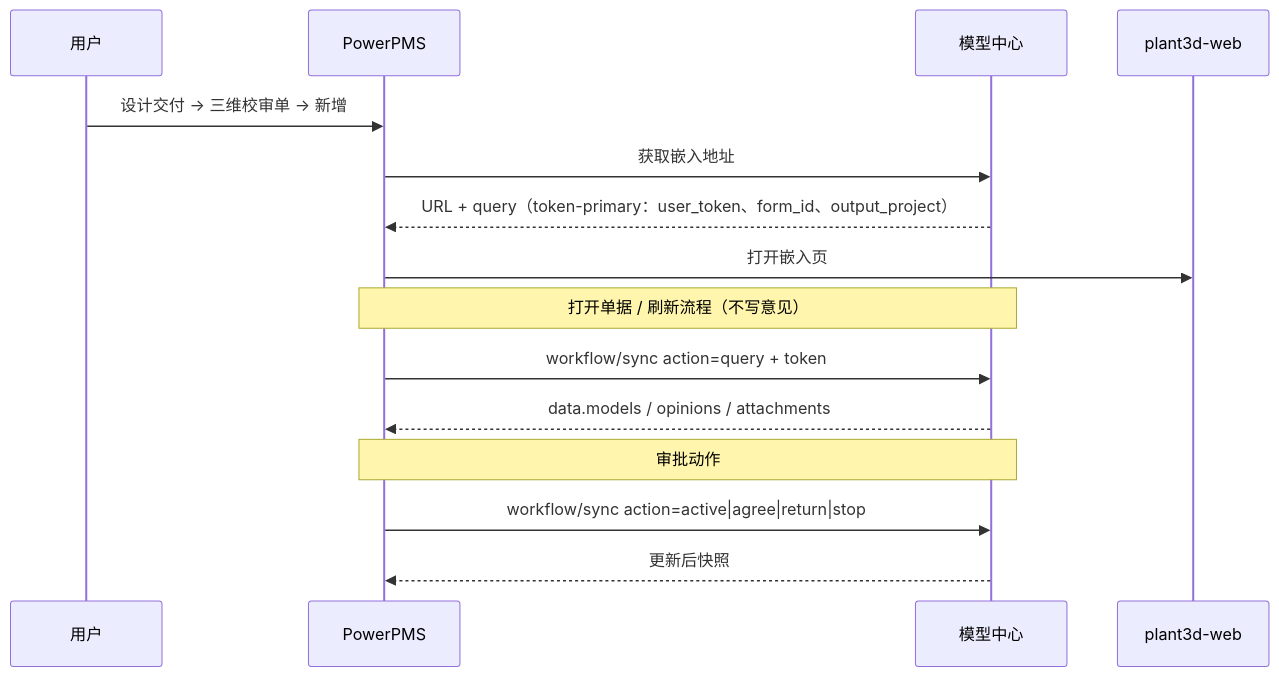
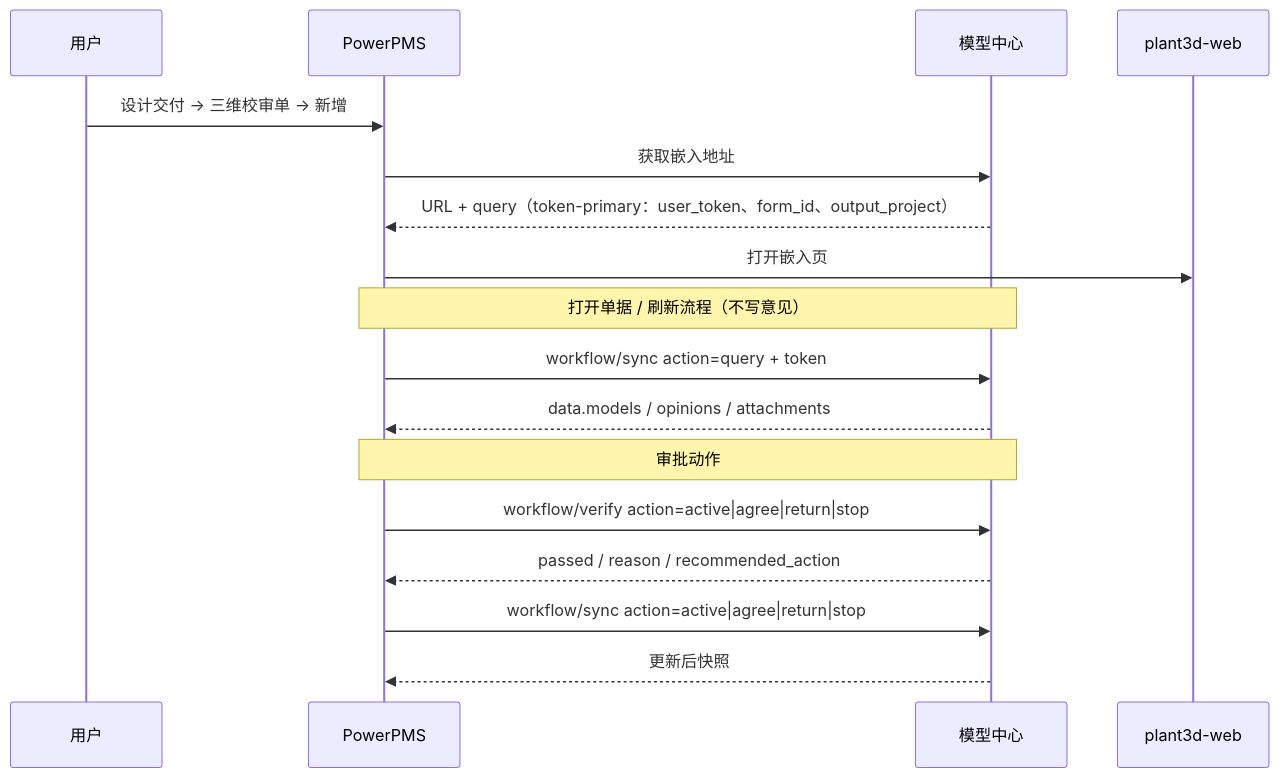
One commit to happyrust/plant3d-web changed the second of 2 diagrams in docs/verification/pms-3d-review-integration-e2e.md. Above: the diagram before and after it, drawn with Mermaid. The commit also changed other lines of this file and 82 other files, not shown here.

First line of the commit message:
feat(review): 3d review flow, PMS simulator, MBD annotations

````diff
--- a/docs/verification/pms-3d-review-integration-e2e.md
+++ b/docs/verification/pms-3d-review-integration-e2e.md
@@ -256,20 +259,22 @@
 ```mermaid
 sequenceDiagram
   participant U as 用户
   participant PMS as PowerPMS
   participant MC as 模型中心
   participant P3D as plant3d-web
 
   U->>PMS: 设计交付 → 三维校审单 → 新增
   PMS->>MC: 获取嵌入地址
   MC-->>PMS: URL + query（token-primary：user_token、form_id、output_project）
   PMS->>P3D: 打开嵌入页
 
   Note over PMS,MC: 打开单据 / 刷新流程（不写意见）
   PMS->>MC: workflow/sync action=query + token
   MC-->>PMS: data.models / opinions / attachments
 
   Note over PMS,MC: 审批动作
+  PMS->>MC: workflow/verify action=active|agree|return|stop
+  MC-->>PMS: passed / reason / recommended_action
   PMS->>MC: workflow/sync action=active|agree|return|stop
   MC-->>PMS: 更新后快照
 ```
````
